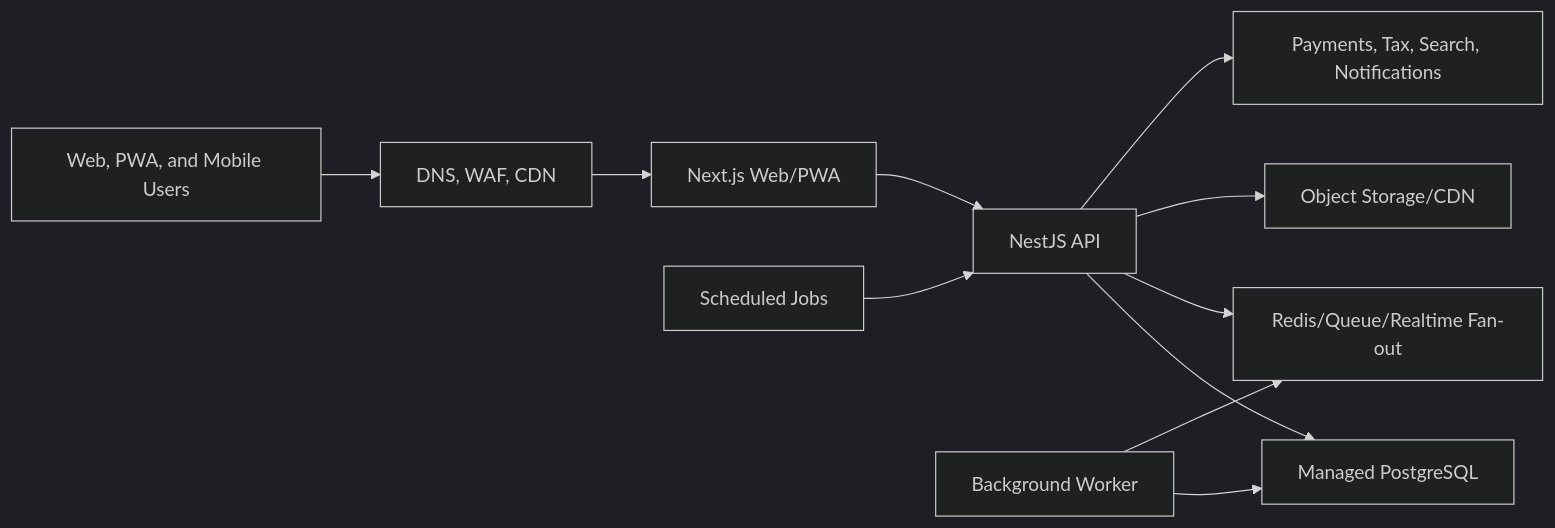
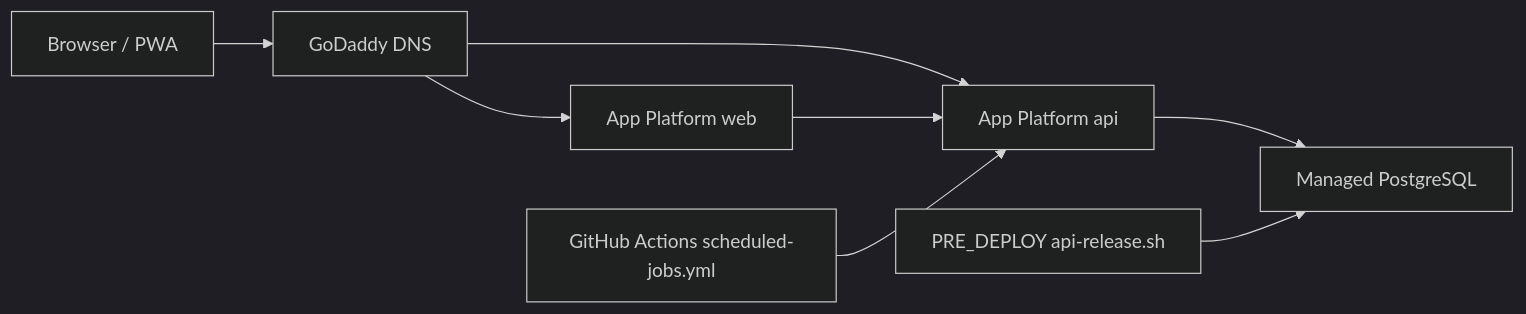
The diagram in docs/DIGITALOCEAN_DEPLOYMENT.md (Bucrepinfo-lab/sellfindconnect.com), drawn with Mermaid (dark theme) before and after one commit. The commit also changed other lines of this file and 16 other files, not shown here.

````diff
--- a/docs/DIGITALOCEAN_DEPLOYMENT.md
+++ b/docs/DIGITALOCEAN_DEPLOYMENT.md
@@ -48,13 +35,10 @@
 ```mermaid
 flowchart LR
-  User["Web, PWA, and Mobile Users"] --> Edge["DNS, WAF, CDN"]
-  Edge --> Web["Next.js Web/PWA"]
-  Web --> API["NestJS API"]
+  User["Browser / PWA"] --> DNS["GoDaddy DNS"]
+  DNS --> Web["App Platform web"]
+  DNS --> API["App Platform api"]
+  Web --> API
   API --> DB["Managed PostgreSQL"]
-  API --> Redis["Redis/Queue/Realtime Fan-out"]
-  Worker["Background Worker"] --> DB
-  Worker --> Redis
-  Scheduler["Scheduled Jobs"] --> API
-  API --> Media["Object Storage/CDN"]
-  API --> Providers["Payments, Tax, Search, Notifications"]
+  Jobs["GitHub Actions scheduled-jobs.yml"] --> API
+  Release["PRE_DEPLOY api-release.sh"] --> DB
 ```
````
